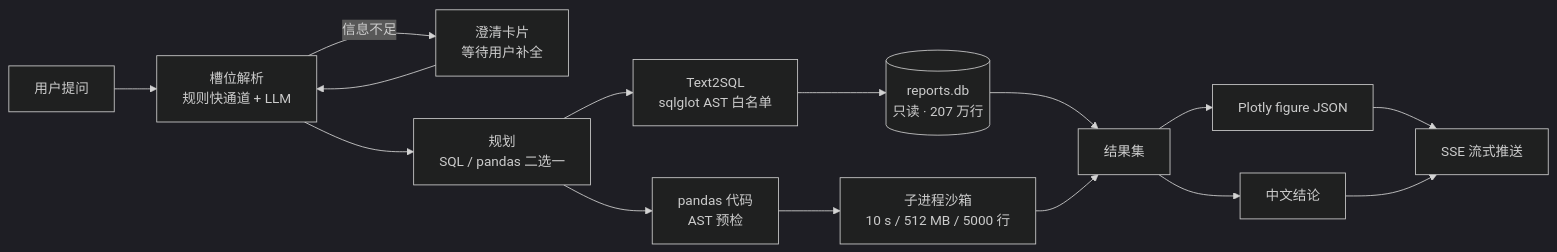
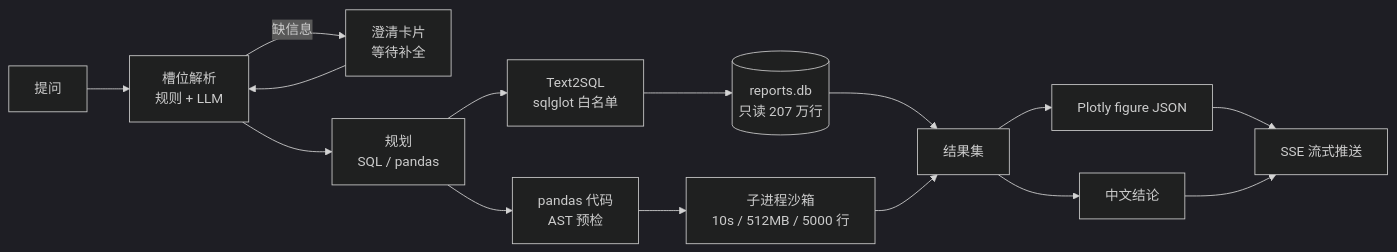
Before and after one commit to GlushkoFelix/power_report_agent: the diagram in README.md, drawn with Mermaid (dark theme). The commit also changed other lines of this file, not shown here.

````diff
--- a/README.md
+++ b/README.md
@@ -188,17 +128,17 @@
 ```mermaid
 flowchart LR
-    U[用户提问] --> S[槽位解析<br/>规则快通道 + LLM]
-    S -->|信息不足| C[澄清卡片<br/>等待用户补全]
+    U[提问] --> S[槽位解析<br/>规则 + LLM]
+    S -->|缺信息| C[澄清卡片<br/>等待补全]
     C --> S
-    S --> P[规划<br/>SQL / pandas 二选一]
-    P --> Q[Text2SQL<br/>sqlglot AST 白名单]
+    S --> P[规划<br/>SQL / pandas]
+    P --> Q[Text2SQL<br/>sqlglot 白名单]
     P --> D[pandas 代码<br/>AST 预检]
-    Q --> DB[(reports.db<br/>只读 · 207 万行)]
-    D --> SB[子进程沙箱<br/>10 s / 512 MB / 5000 行]
+    Q --> DB[(reports.db<br/>只读 207 万行)]
+    D --> SB[子进程沙箱<br/>10s / 512MB / 5000 行]
     DB --> R[结果集]
     SB --> R
     R --> F[Plotly figure JSON]
     R --> N[中文结论]
     F --> E[SSE 流式推送]
     N --> E
 ```
````
